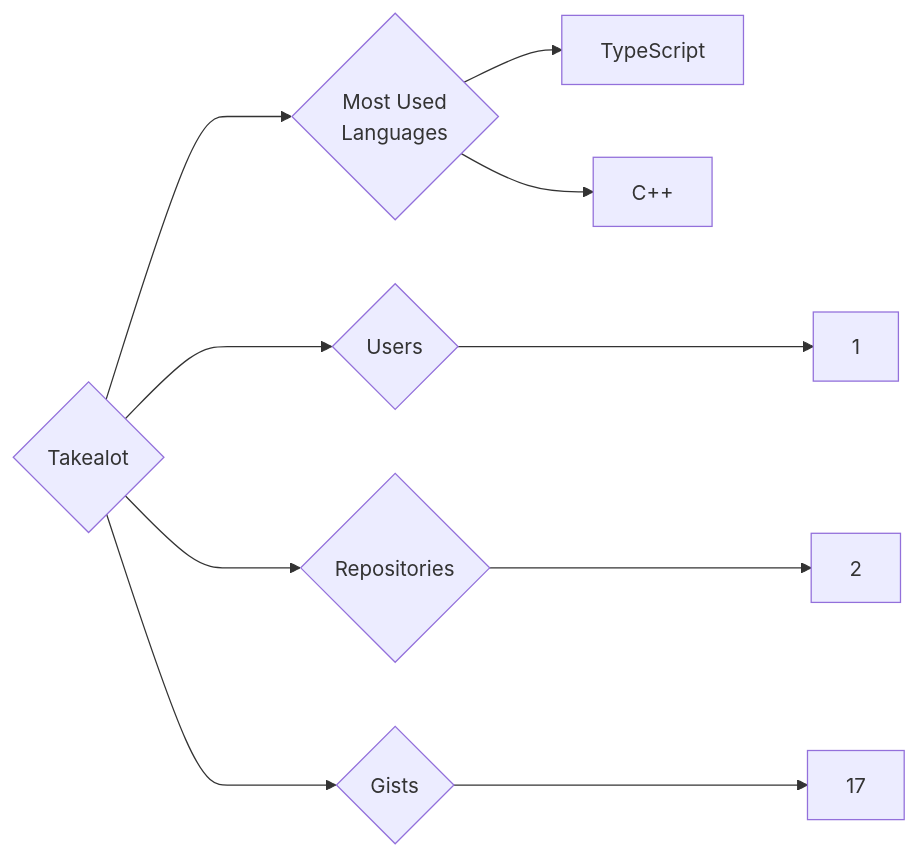
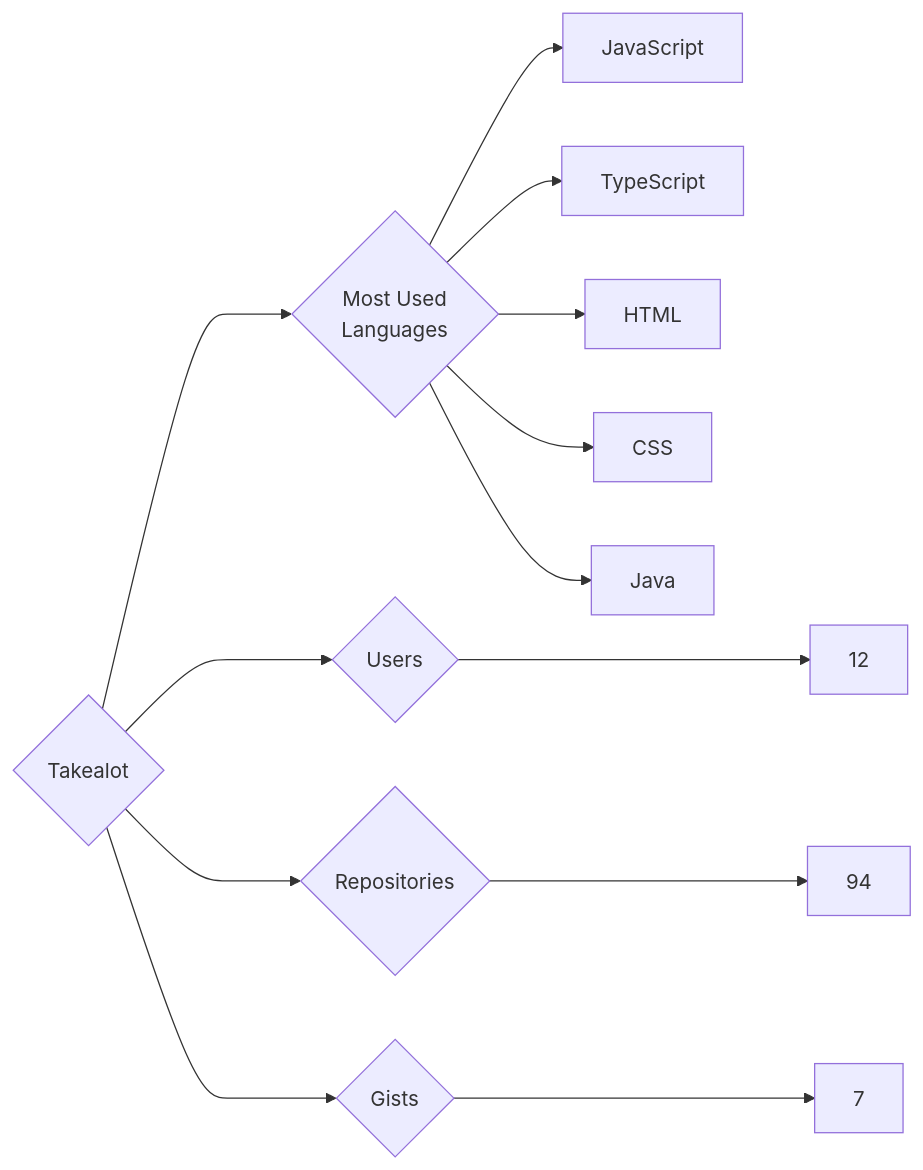
The diagram in targets/Takealot/README.md (trickest/insiders), drawn with Mermaid before and after one commit. The commit also changed 955 other files, not shown here.

````diff
--- a/targets/Takealot/README.md
+++ b/targets/Takealot/README.md
@@ -3,10 +3,13 @@
 ```mermaid
 graph LR
 COMPANY_NAME{Takealot}
-COMPANY_NAME ---> U{Users} ---> UN[1]
-COMPANY_NAME ---> R{Repositories} ---> RN[2]
-COMPANY_NAME ---> G{Gists} ---> GN[17]
+COMPANY_NAME ---> U{Users} ---> UN[12]
+COMPANY_NAME ---> R{Repositories} ---> RN[94]
+COMPANY_NAME ---> G{Gists} ---> GN[7]
 COMPANY_NAME ---> ML{Most Used<br>Languages}
+ML --> JavaScript[JavaScript]
 ML --> TypeScript[TypeScript]
-ML --> C++[C++]
+ML --> HTML[HTML]
+ML --> CSS[CSS]
+ML --> Java[Java]
 ```
````
